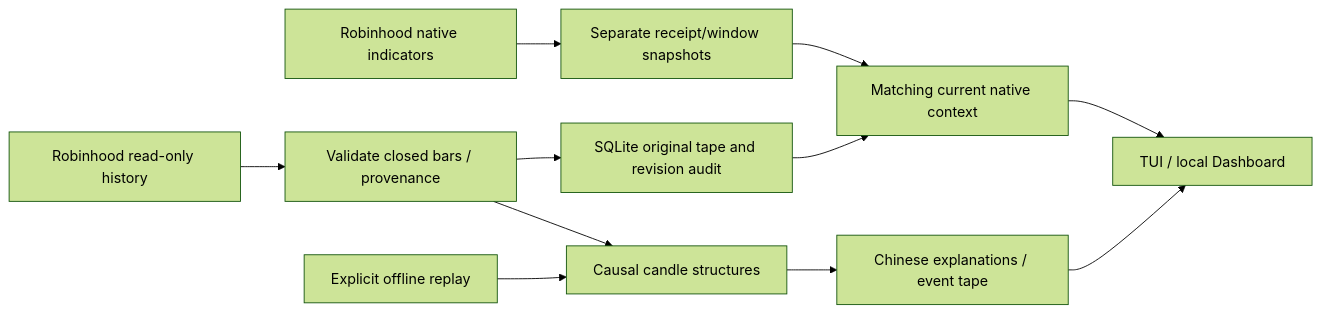
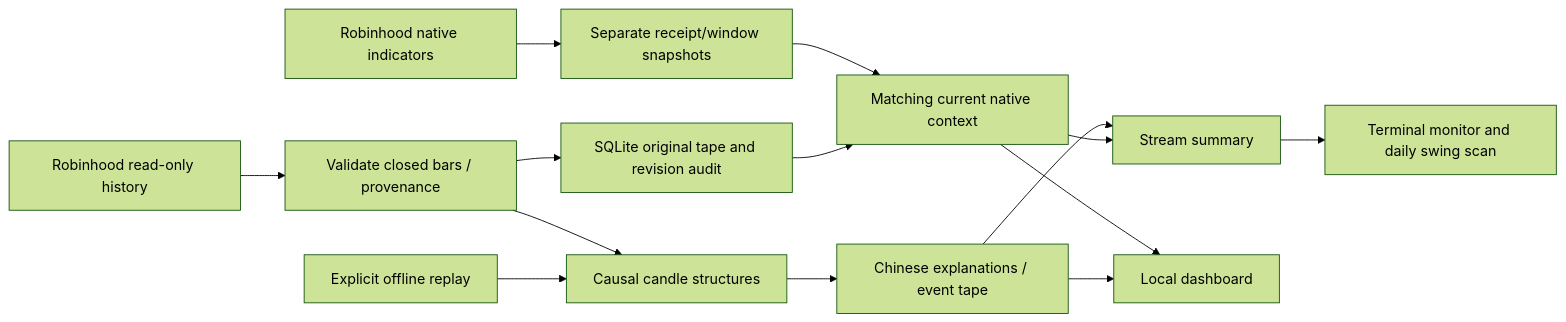
Before and after one commit to GordonBai/price-action-observer: the diagram in README.md, drawn with Mermaid (forest theme). The commit also changed other lines of this file and 6 other files, not shown here.

Commit message:
docs: publish the terminal monitor and daily swing workflows

````diff
--- a/README.md
+++ b/README.md
@@ -126,13 +126,16 @@
 ```mermaid
 flowchart LR
   A[Robinhood read-only history] --> B[Validate closed bars / provenance]
   B --> C[Causal candle structures]
   B --> J[SQLite original tape and revision audit]
   N[Robinhood native indicators] --> S[Separate receipt/window snapshots]
   S --> I[Matching current native context]
   J --> I
   C --> E[Chinese explanations / event tape]
-  I --> V[TUI / local Dashboard]
+  E --> P[Stream summary]
+  I --> P
+  P --> T[Terminal monitor and daily swing scan]
+  I --> V[Local dashboard]
   E --> V
   R[Explicit offline replay] --> C
 ```
````
